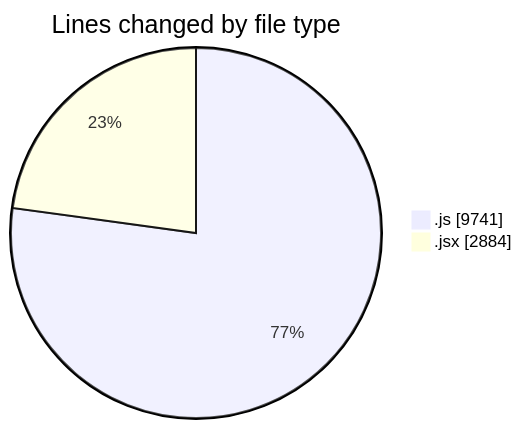
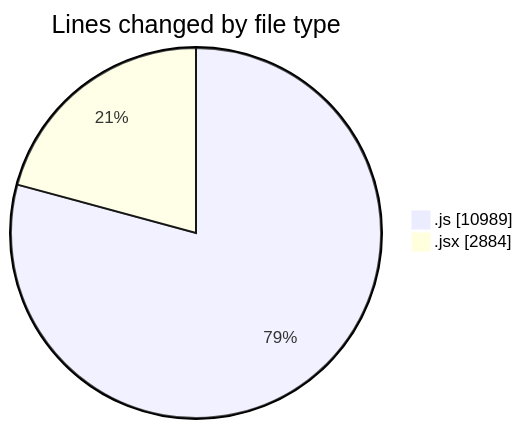
One commit to nxtqubesakshisongat/code-tracking changed the first of 2 diagrams in 2025-09-26/nxtqube_webapp/README.md. Above: the diagram before and after it, drawn with Mermaid. The commit also changed other lines of this file and 1 other file, not shown here.

````diff
--- a/2025-09-26/nxtqube_webapp/README.md
+++ b/2025-09-26/nxtqube_webapp/README.md
@@ -24,6 +25,6 @@
 ```mermaid
 pie showData
 title Lines changed by file type
-".js" : 9741
+".js" : 10989
 ".jsx" : 2884
 ```
````
